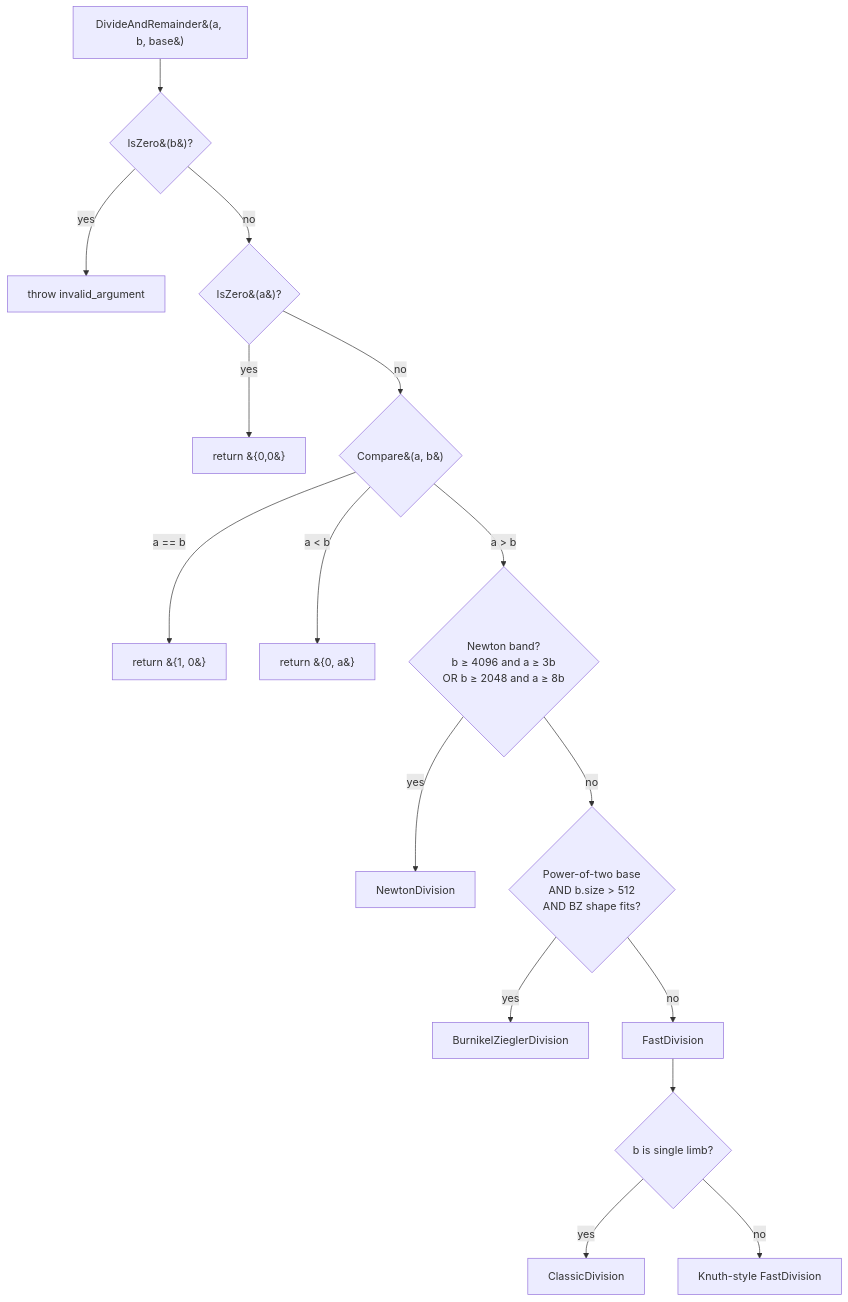
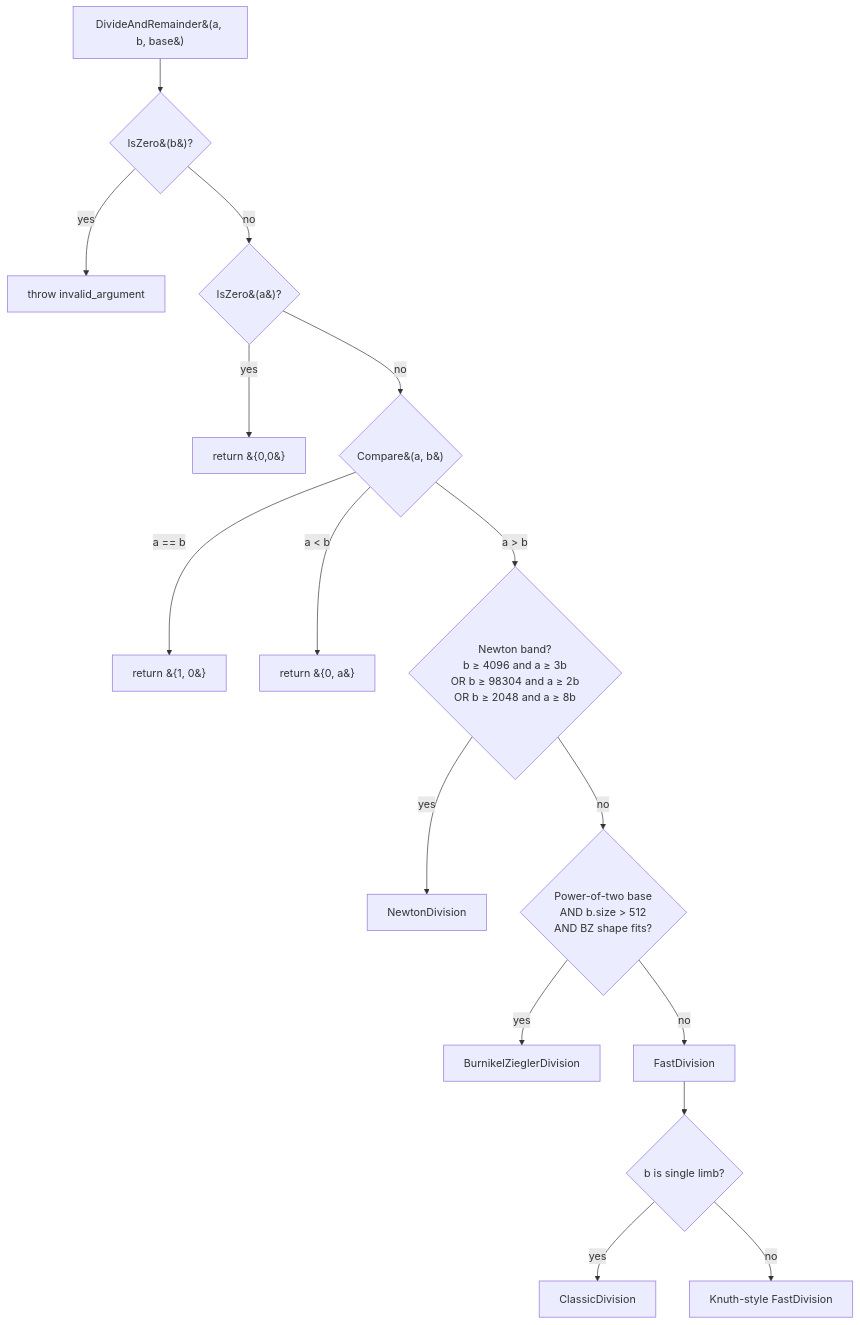
One commit to mmurshed/biginteger changed the diagram in docs/DIVISION.md. Above: the diagram before and after it, drawn with Mermaid. The commit also changed other lines of this file and 4 other files, not shown here.

First line of the commit message:
docs: sync division dispatch docs with Newton balanced band (PR #79)

````diff
--- a/docs/DIVISION.md
+++ b/docs/DIVISION.md
@@ -56,18 +56,18 @@
 ```mermaid
 flowchart TD
     A[DivideAndRemainder&#40;a, b, base&#41;] --> B{IsZero&#40;b&#41;?}
     B -- yes --> Err[throw invalid_argument]
     B -- no --> C{IsZero&#40;a&#41;?}
     C -- yes --> Z[return &#123;0,0&#125;]
     C -- no --> D{Compare&#40;a, b&#41;}
     D -- a == b --> Eq[return &#123;1, 0&#125;]
     D -- a &lt; b --> Less[return &#123;0, a&#125;]
-    D -- a &gt; b --> E{Newton band?<br/>b ≥ 4096 and a ≥ 3b<br/>OR b ≥ 2048 and a ≥ 8b}
+    D -- a &gt; b --> E{Newton band?<br/>b ≥ 4096 and a ≥ 3b<br/>OR b ≥ 98304 and a ≥ 2b<br/>OR b ≥ 2048 and a ≥ 8b}
     E -- yes --> N[NewtonDivision]
     E -- no --> F{Power-of-two base<br/>AND b.size &gt; 512<br/>AND BZ shape fits?}
     F -- yes --> BZ[BurnikelZieglerDivision]
     F -- no --> FD[FastDivision]
     FD --> S{b is single limb?}
     S -- yes --> CD[ClassicDivision]
     S -- no --> KD[Knuth-style FastDivision]
 ```
````
